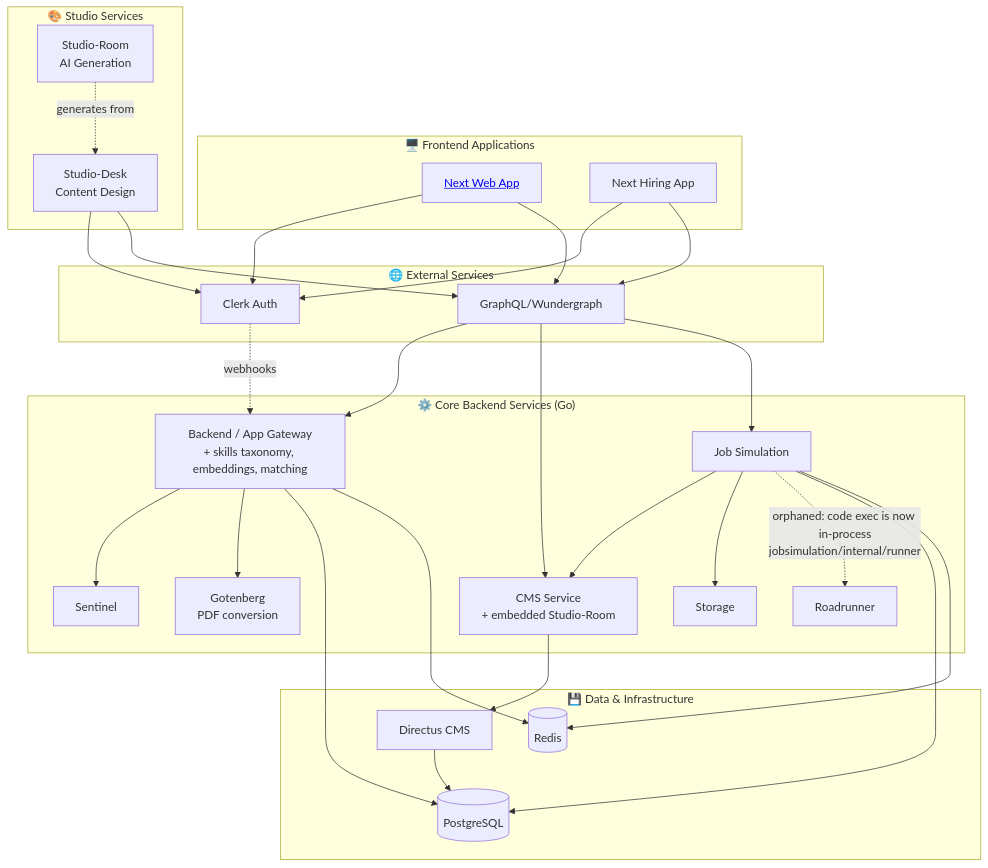
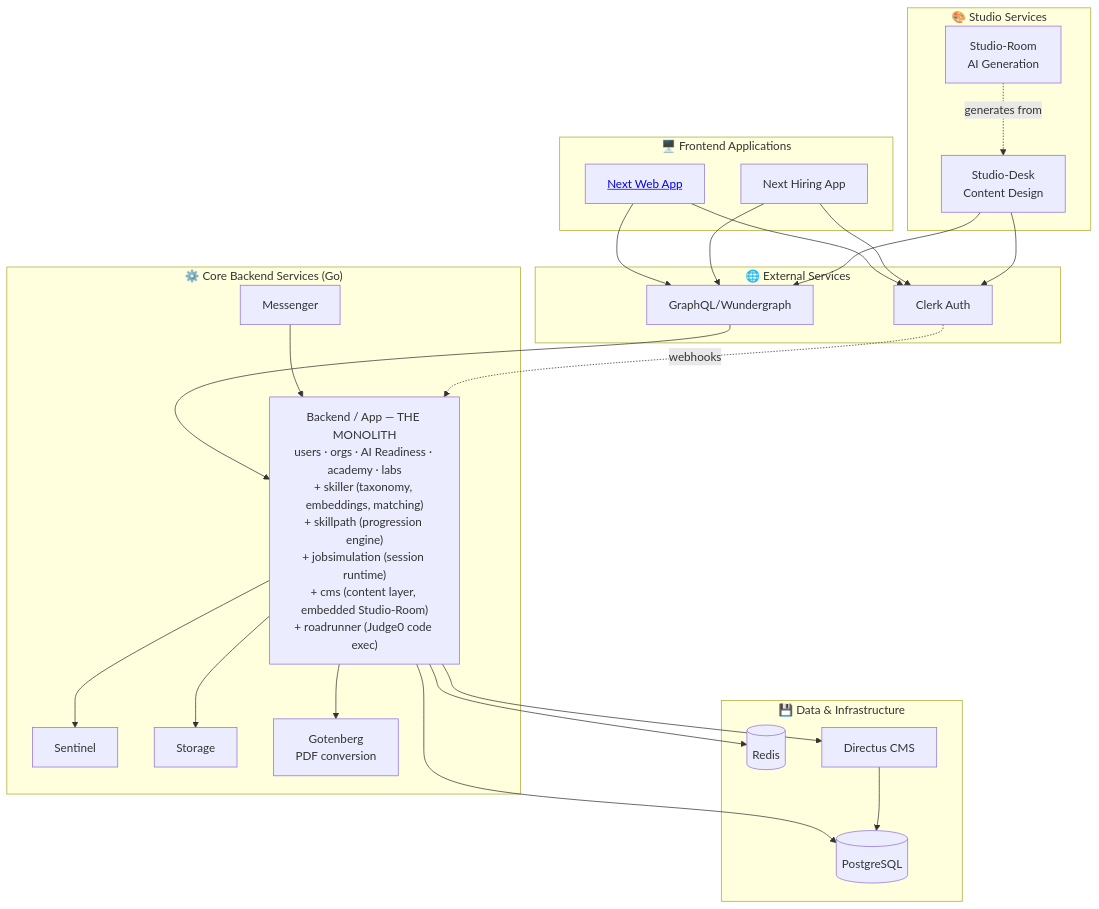
Before and after one commit to anthropos-work/rosetta: the diagram in corpus/architecture/architecture_overview.md, drawn with Mermaid. The commit also changed other lines of this file and 18 other files, not shown here.

First line of the commit message:
docs: jobsimulation + cms merged into app — the backend is a monolith

````diff
--- a/corpus/architecture/architecture_overview.md
+++ b/corpus/architecture/architecture_overview.md
@@ -61,67 +66,60 @@
 ```mermaid
 graph TD
     subgraph External["🌐 External Services"]
         Clerk[Clerk Auth]
         GraphQL[GraphQL/Wundergraph]
     end
     
     subgraph Frontend["🖥️ Frontend Applications"]
         Web[<a href='./frontend_architecture.md'>Next Web App</a>]
         Hiring[Next Hiring App]
     end
     
     subgraph Studio["🎨 Studio Services"]
         Desk[Studio-Desk<br/>Content Design]
         Room[Studio-Room<br/>AI Generation]
     end
 
     subgraph Core["⚙️ Core Backend Services (Go)"]
-        Gateway[Backend / App Gateway<br/>+ skills taxonomy, embeddings, matching]
+        Gateway["Backend / App — THE MONOLITH<br/>users · orgs · AI Readiness · academy · labs<br/>+ skiller (taxonomy, embeddings, matching)<br/>+ skillpath (progression engine)<br/>+ jobsimulation (session runtime)<br/>+ cms (content layer, embedded Studio-Room)<br/>+ roadrunner (Judge0 code exec)"]
         Sentinel[Sentinel]
-        CMS_Service[CMS Service<br/>+ embedded Studio-Room]
-        JobSim[Job Simulation]
         Storage[Storage]
-        Roadrunner[Roadrunner]
+        Messenger[Messenger]
         Gotenberg[Gotenberg<br/>PDF conversion]
     end
 
     subgraph Data["💾 Data & Infrastructure"]
         Postgres[(PostgreSQL)]
         Redis[(Redis)]
         Directus[Directus CMS]
     end
     
     %% Frontend connections
     Web --> Clerk
     Hiring --> Clerk
     Web --> GraphQL
     Hiring --> GraphQL
     
     %% Studio connections
     Desk --> Clerk
     Desk --> GraphQL
     Room -.->|generates from| Desk
     
-    %% GraphQL aggregation (3 subgraphs: backend, jobsimulation, cms)
+    %% GraphQL aggregation (ONE subgraph: backend)
     GraphQL --> Gateway
-    GraphQL --> CMS_Service
-    GraphQL --> JobSim
 
     %% Core service dependencies
     Gateway --> Sentinel
     Gateway --> Gotenberg
-    CMS_Service --> Directus
-    JobSim --> CMS_Service
-    JobSim --> Storage
-    JobSim -.->|orphaned: code exec is now in-process<br/>jobsimulation/internal/runner| Roadrunner
-    
+    Gateway --> Storage
+    Gateway --> Directus
+    Messenger --> Gateway
+
     %% Data connections
     Gateway --> Postgres
     Gateway --> Redis
-    JobSim --> Postgres
-    JobSim --> Redis
     Directus --> Postgres
     
     %% Clerk integration
     Clerk -.->|webhooks| Gateway
 ```
````
